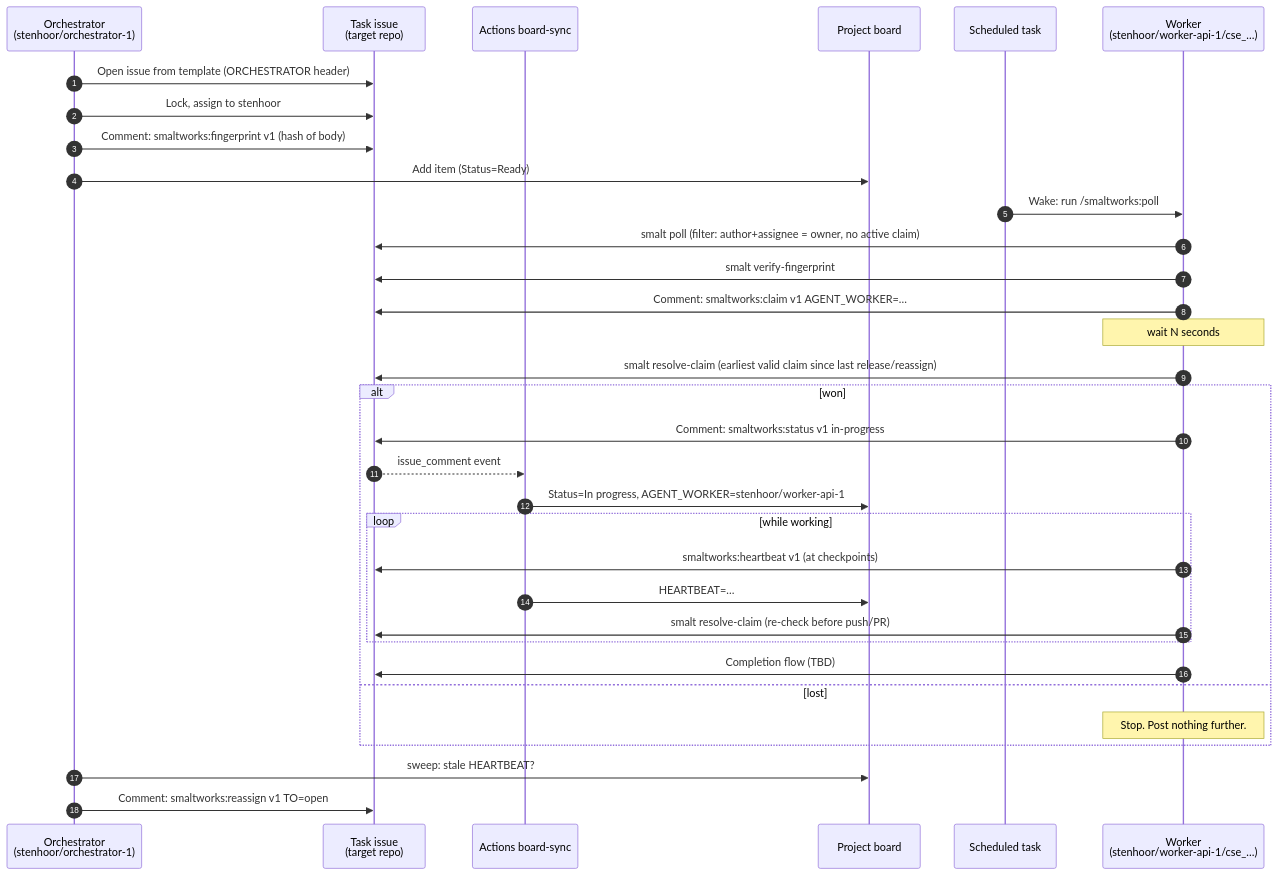
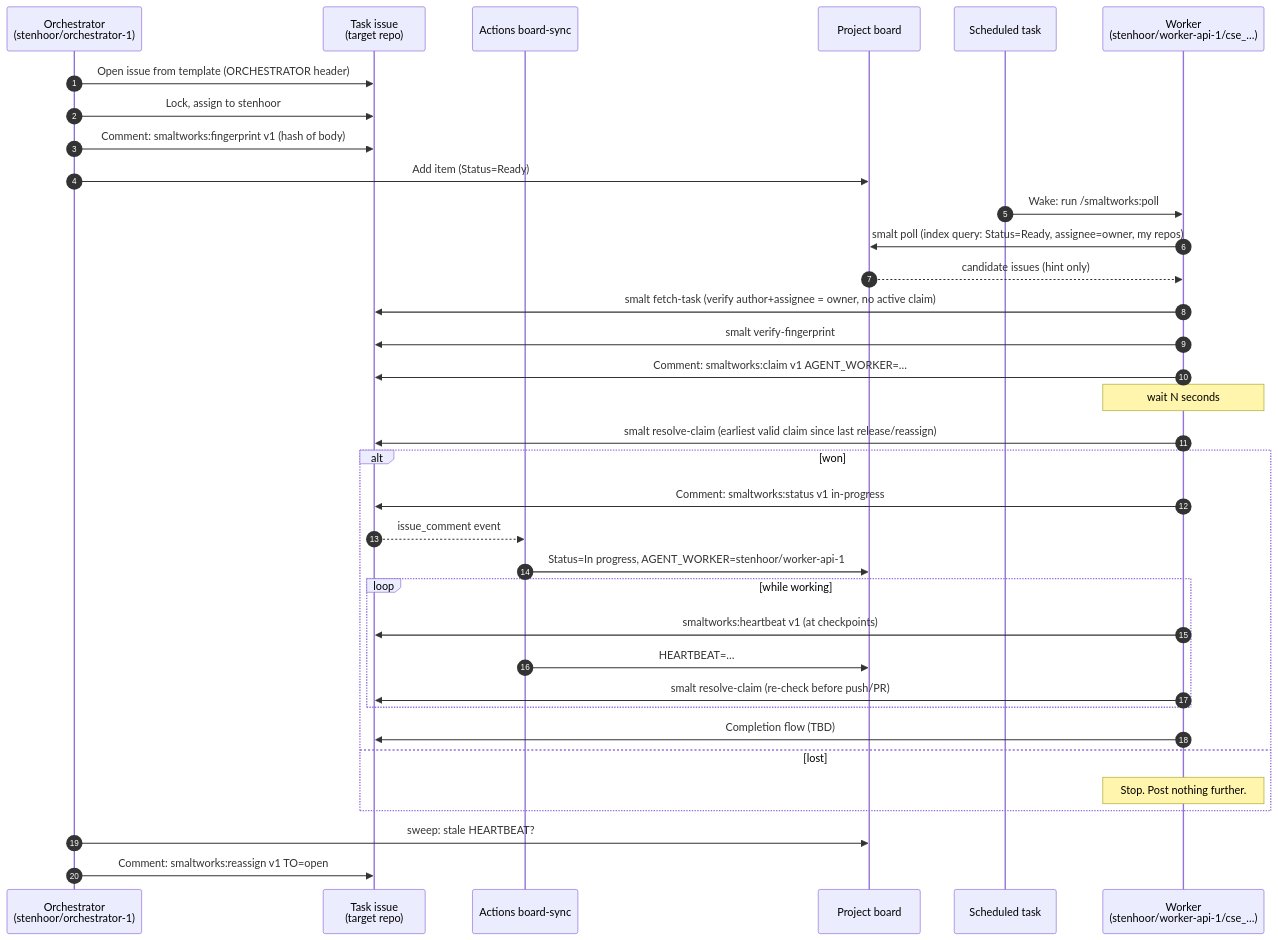
Before and after one commit to stenhoor/smaltworks: the second of 3 diagrams in docs/architecture/handoff-overview.md, drawn with Mermaid. The commit also changed other lines of this file, not shown here.

First line of the commit message:
Record shared board as the cross-repo task index (D10)

````diff
--- a/docs/architecture/handoff-overview.md
+++ b/docs/architecture/handoff-overview.md
@@ -84,38 +85,40 @@
 ```mermaid
 sequenceDiagram
     autonumber
     participant Orc as Orchestrator<br/>(stenhoor/orchestrator-1)
     participant Iss as Task issue<br/>(target repo)
     participant Act as Actions board-sync
     participant Brd as Project board
     participant Sch as Scheduled task
     participant Wk as Worker<br/>(stenhoor/worker-api-1/cse_…)
 
     Orc->>Iss: Open issue from template (ORCHESTRATOR header)
     Orc->>Iss: Lock, assign to stenhoor
     Orc->>Iss: Comment: smaltworks:fingerprint v1 (hash of body)
     Orc->>Brd: Add item (Status=Ready)
 
     Sch->>Wk: Wake: run /smaltworks:poll
-    Wk->>Iss: smalt poll (filter: author+assignee = owner, no active claim)
+    Wk->>Brd: smalt poll (index query: Status=Ready, assignee=owner, my repos)
+    Brd-->>Wk: candidate issues (hint only)
+    Wk->>Iss: smalt fetch-task (verify author+assignee = owner, no active claim)
     Wk->>Iss: smalt verify-fingerprint
     Wk->>Iss: Comment: smaltworks:claim v1 AGENT_WORKER=…
     Note over Wk: wait N seconds
     Wk->>Iss: smalt resolve-claim (earliest valid claim since last release/reassign)
     alt won
         Wk->>Iss: Comment: smaltworks:status v1 in-progress
         Iss-->>Act: issue_comment event
         Act->>Brd: Status=In progress, AGENT_WORKER=stenhoor/worker-api-1
         loop while working
             Wk->>Iss: smaltworks:heartbeat v1 (at checkpoints)
             Act->>Brd: HEARTBEAT=…
             Wk->>Iss: smalt resolve-claim (re-check before push/PR)
         end
         Wk->>Iss: Completion flow (TBD)
     else lost
         Note over Wk: Stop. Post nothing further.
     end
 
     Orc->>Brd: sweep: stale HEARTBEAT?
     Orc->>Iss: Comment: smaltworks:reassign v1 TO=open
 ```
````
